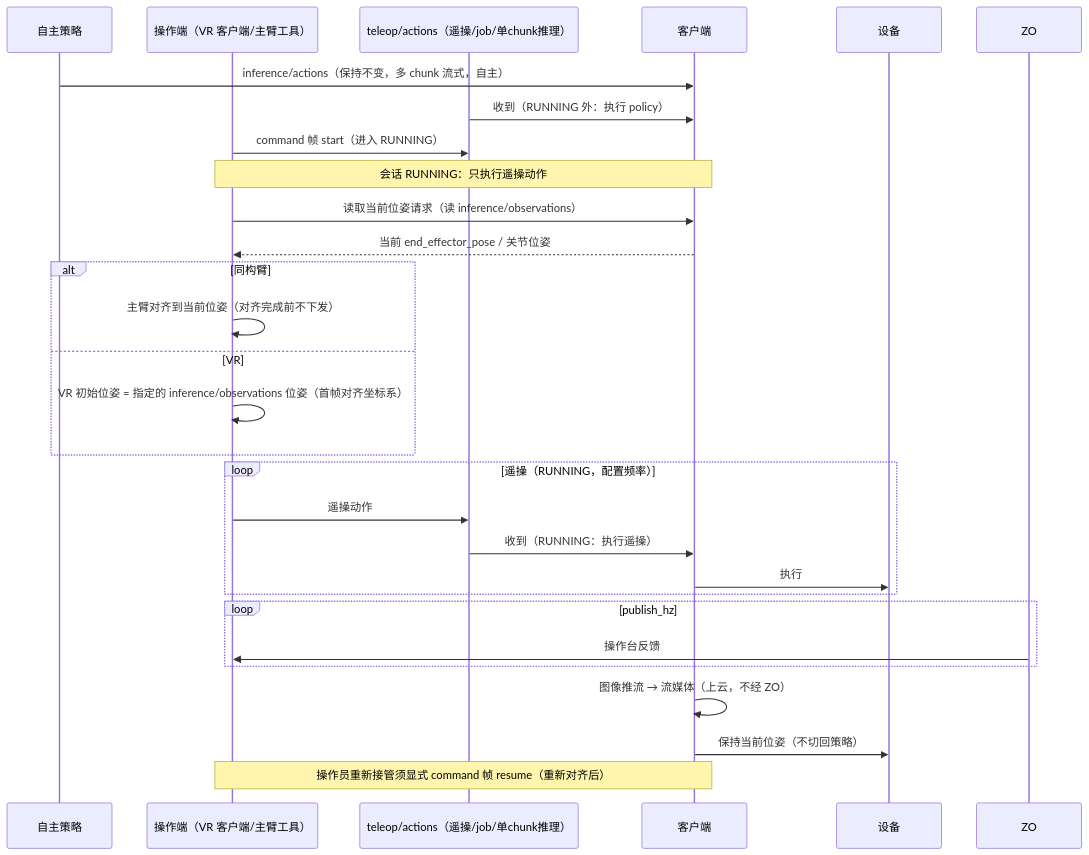
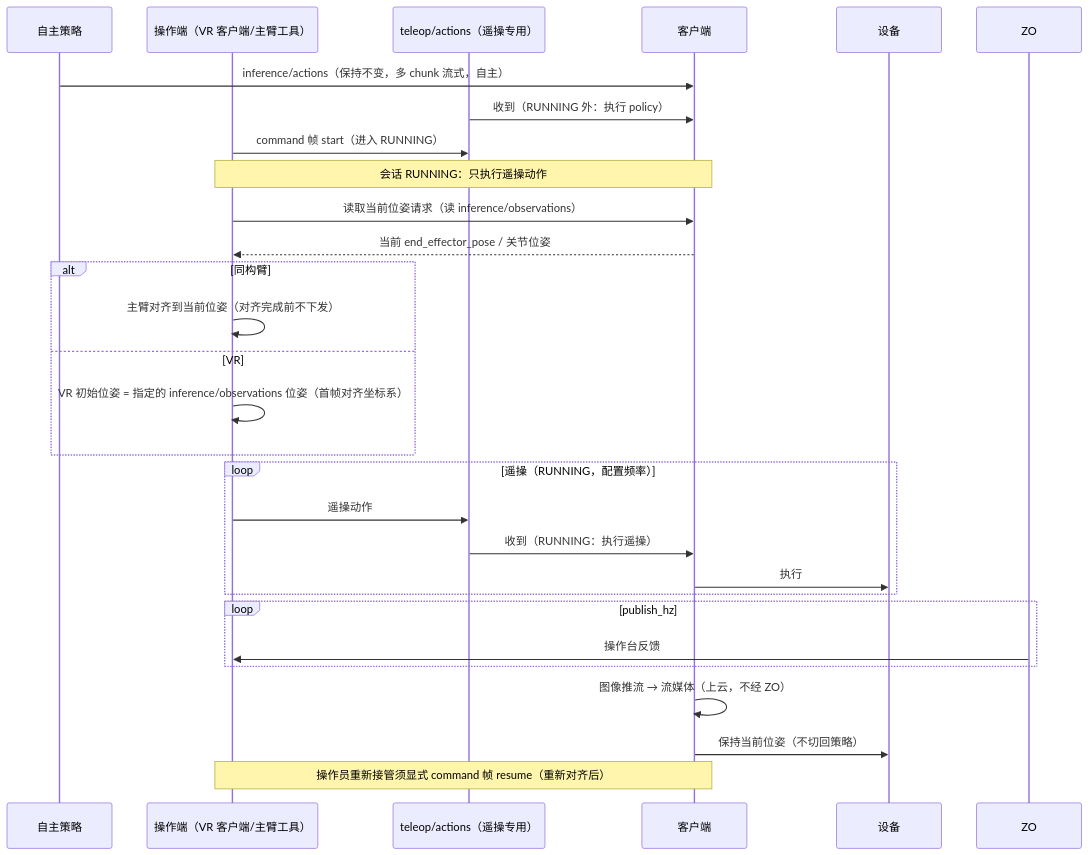
Before and after one commit to vincentguiling/cloudrobo-sdk-client: the diagram in docs/design/r2c-teleop-data-collection-design.md, drawn with Mermaid. The commit also changed other lines of this file, not shown here.

Commit message:
docs(design): v2.3——teleop/actions 语义收窄为只承载遥操（job/action 保留不动，单 chunk 推理动作仍走 inference/actions，source 字段取消）

````diff
--- a/docs/design/r2c-teleop-data-collection-design.md
+++ b/docs/design/r2c-teleop-data-collection-design.md
@@ -131,31 +130,31 @@
 ```mermaid
 sequenceDiagram
     participant P as 自主策略
     participant O as 操作端（VR 客户端/主臂工具）
-    participant ZA as teleop/actions（遥操/job/单chunk推理）
+    participant ZA as teleop/actions（遥操专用）
     participant C as 客户端
     participant F as 设备
 
     P->>C: inference/actions（保持不变，多 chunk 流式，自主）
     ZA->>C: 收到（RUNNING 外：执行 policy）
     O->>ZA: command 帧 start（进入 RUNNING）
     Note over O,C: 会话 RUNNING：只执行遥操动作
     O->>C: 读取当前位姿请求（读 inference/observations）
     C-->>O: 当前 end_effector_pose / 关节位姿
     alt 同构臂
         O->>O: 主臂对齐到当前位姿（对齐完成前不下发）
     else VR
         O->>O: VR 初始位姿 = 指定的 inference/observations 位姿（首帧对齐坐标系）
     end
     loop 遥操（RUNNING，配置频率）
         O->>ZA: 遥操动作
         ZA->>C: 收到（RUNNING：执行遥操）
         C->>F: 执行
     end
     loop publish_hz
         ZO->>O: 操作台反馈
     end
     C->>C: 图像推流 → 流媒体（上云，不经 ZO）
     C->>F: 保持当前位姿（不切回策略）
     Note over O,C: 操作员重新接管须显式 command 帧 resume（重新对齐后）
 ```
````
